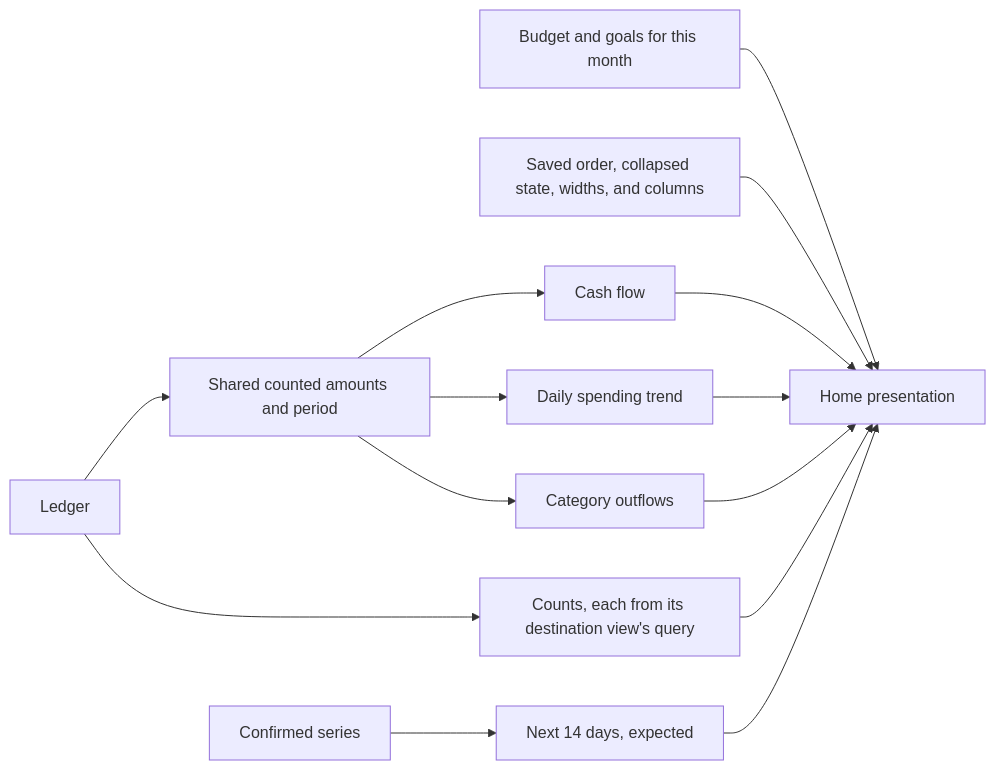
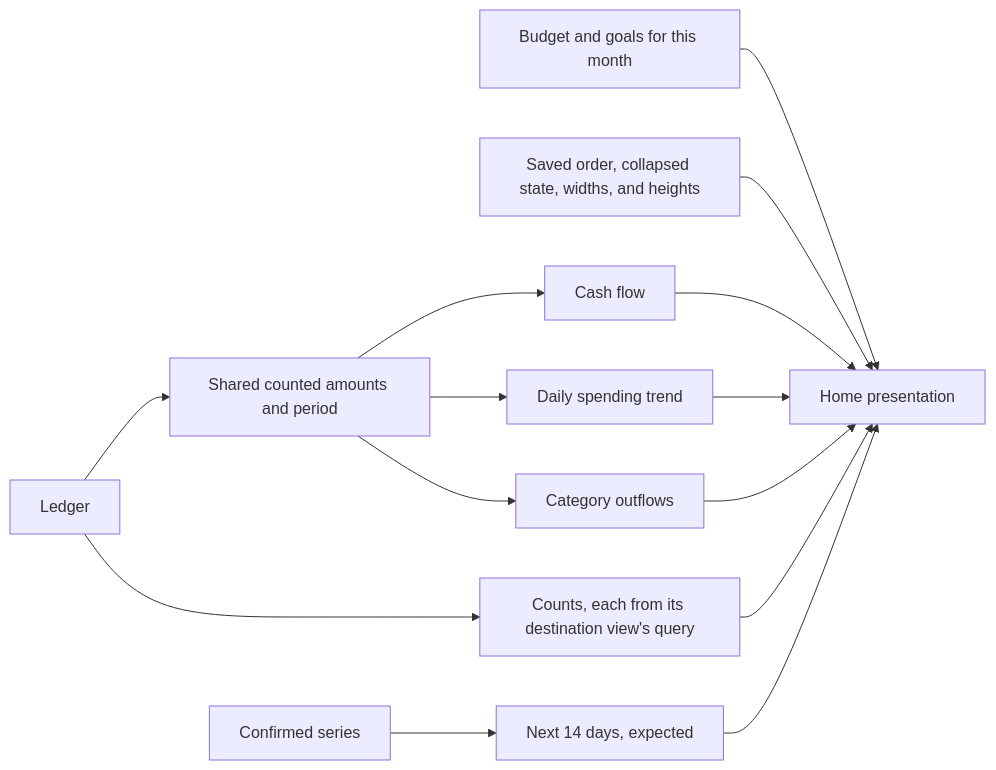
The diagram in docs/architecture/dashboard.md (spinningyoyo/omsync), drawn with Mermaid before and after one commit. The commit also changed other lines of this file and 94 other files, not shown here.

````diff
--- a/docs/architecture/dashboard.md
+++ b/docs/architecture/dashboard.md
@@ -75,16 +78,16 @@
 ```mermaid
 flowchart LR
     Ledger --> Reports[Shared counted amounts and period]
     Reports --> CashFlow[Cash flow]
     Reports --> Trend[Daily spending trend]
     Reports --> Outflows[Category outflows]
     Ledger --> Attention[Counts, each from its destination view's query]
     Recurring[Confirmed series] --> Upcoming[Next 14 days, expected]
     Plan[Budget and goals for this month] --> Home
-    Layout[Saved order, collapsed state, widths, and columns] --> Home[Home presentation]
+    Layout[Saved order, collapsed state, widths, and heights] --> Home[Home presentation]
     CashFlow --> Home
     Trend --> Home
     Outflows --> Home
     Attention --> Home
     Upcoming --> Home
 ```
````
